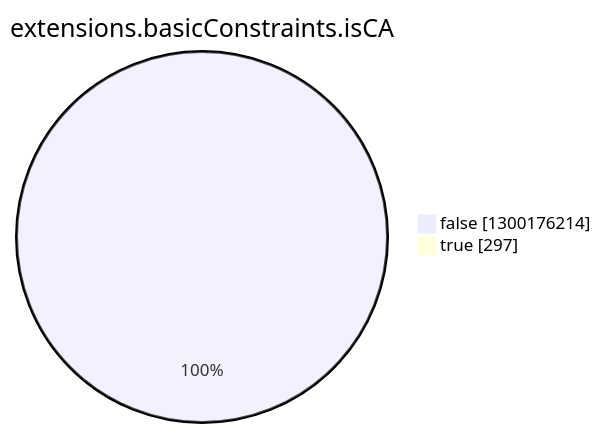
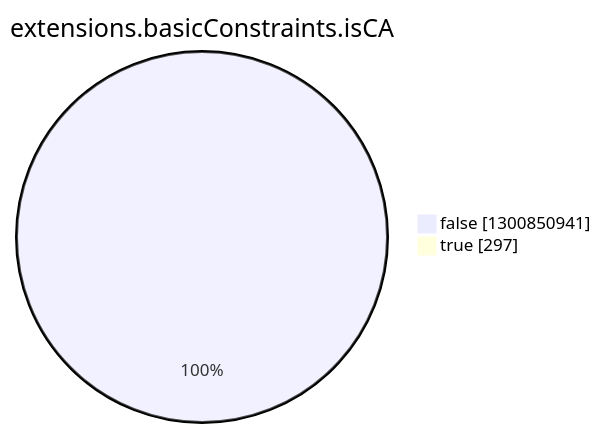
Before and after one commit to christiankrug/ctmonitor_visualization: the eighth of 15 diagrams in argon2022/README.md, drawn with Mermaid. The commit also changed other lines of this file, not shown here.

````diff
--- a/argon2022/README.md
+++ b/argon2022/README.md
@@ -2757,6 +2757,6 @@
 ```mermaid
 pie showData
 title extensions.basicConstraints.isCA
-"false" :1300176214
+"false" :1300850941
 "true" :297
 ```
````
